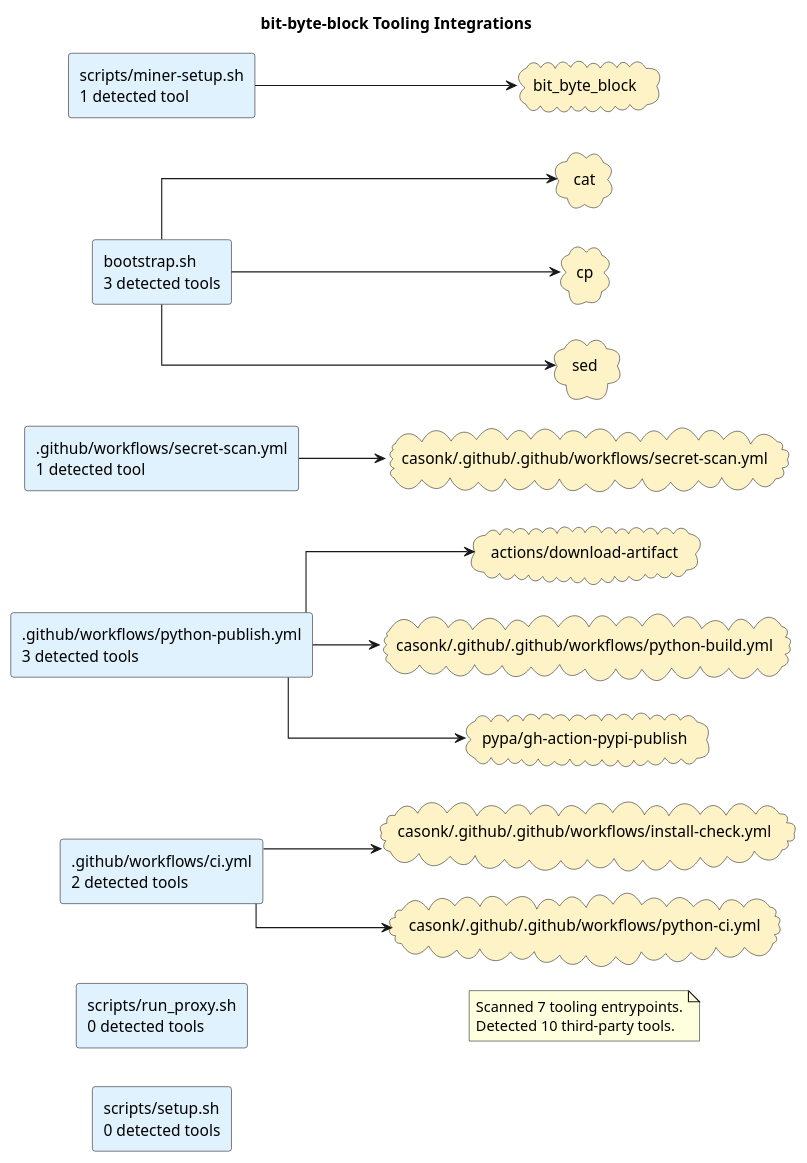
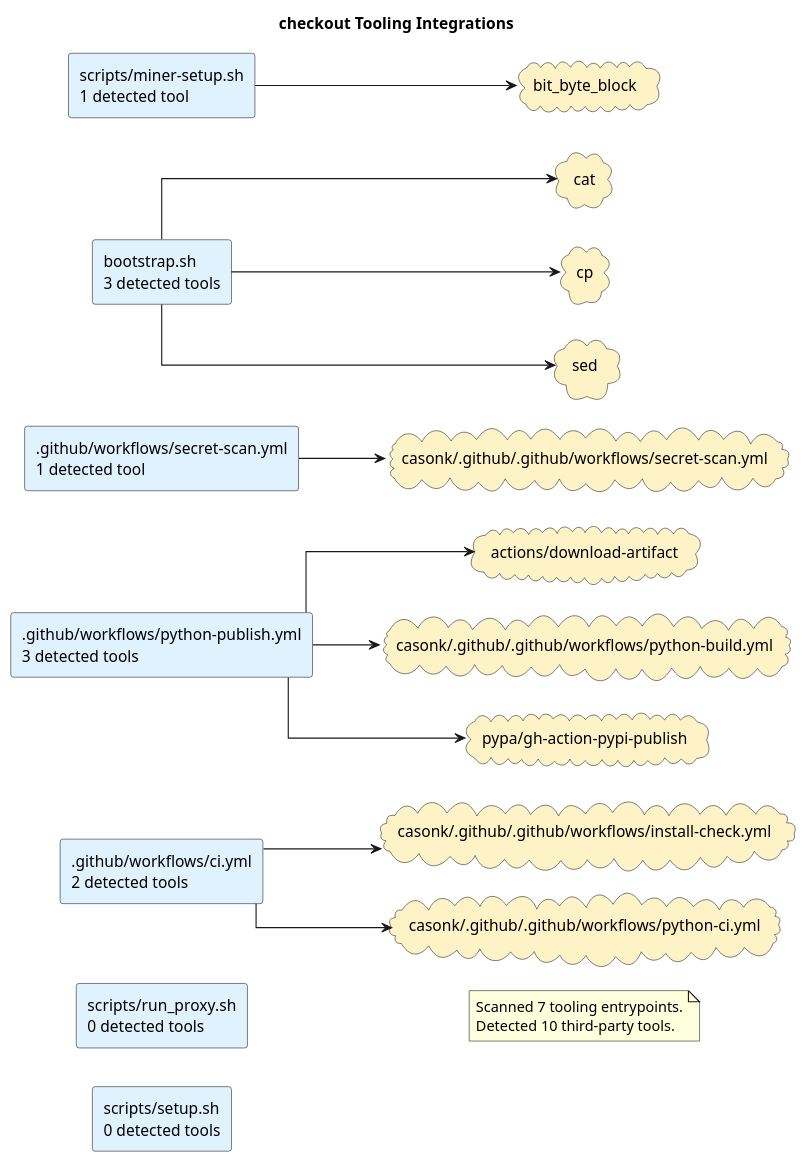
Before and after one commit to casonk/bit-byte-block: the diagram in docs/diagrams/tooling-integrations.puml, drawn with PlantUML. The commit also changed 9 other files, not shown here.

Commit message:
docs: refresh generated architecture diagrams (#18)

```diff
--- a/docs/diagrams/tooling-integrations.puml
+++ b/docs/diagrams/tooling-integrations.puml
@@ -1,39 +1,39 @@
 @startuml
-title bit-byte-block Tooling Integrations
+title checkout Tooling Integrations
 left to right direction
 skinparam shadowing false
 skinparam defaultFontName Monospace
 skinparam componentStyle rectangle
 skinparam linetype ortho
 rectangle ".github/workflows/ci.yml\n2 detected tools" as source_github_workflows_ci_yml #E0F2FE
 rectangle ".github/workflows/python-publish.yml\n3 detected tools" as source_github_workflows_python_publish_yml #E0F2FE
 rectangle ".github/workflows/secret-scan.yml\n1 detected tool" as source_github_workflows_secret_scan_yml #E0F2FE
 rectangle "bootstrap.sh\n3 detected tools" as source_bootstrap_sh #E0F2FE
 rectangle "scripts/miner-setup.sh\n1 detected tool" as source_scripts_miner_setup_sh #E0F2FE
 rectangle "scripts/run_proxy.sh\n0 detected tools" as source_scripts_run_proxy_sh #E0F2FE
 rectangle "scripts/setup.sh\n0 detected tools" as source_scripts_setup_sh #E0F2FE
 cloud "actions/download-artifact" as tool_actions_download_artifact #FEF3C7
 cloud "bit_byte_block" as tool_bit_byte_block #FEF3C7
 cloud "casonk/.github/.github/workflows/install-check.yml" as tool_casonk_github_github_workflows_install_check_yml #FEF3C7
 cloud "casonk/.github/.github/workflows/python-build.yml" as tool_casonk_github_github_workflows_python_build_yml #FEF3C7
 cloud "casonk/.github/.github/workflows/python-ci.yml" as tool_casonk_github_github_workflows_python_ci_yml #FEF3C7
 cloud "casonk/.github/.github/workflows/secret-scan.yml" as tool_casonk_github_github_workflows_secret_scan_yml #FEF3C7
 cloud "cat" as tool_cat #FEF3C7
 cloud "cp" as tool_cp #FEF3C7
 cloud "pypa/gh-action-pypi-publish" as tool_pypa_gh_action_pypi_publish #FEF3C7
 cloud "sed" as tool_sed #FEF3C7
 source_github_workflows_ci_yml --> tool_casonk_github_github_workflows_install_check_yml
 source_github_workflows_ci_yml --> tool_casonk_github_github_workflows_python_ci_yml
 source_github_workflows_python_publish_yml --> tool_actions_download_artifact
 source_github_workflows_python_publish_yml --> tool_casonk_github_github_workflows_python_build_yml
 source_github_workflows_python_publish_yml --> tool_pypa_gh_action_pypi_publish
 source_github_workflows_secret_scan_yml --> tool_casonk_github_github_workflows_secret_scan_yml
 source_bootstrap_sh --> tool_cat
 source_bootstrap_sh --> tool_cp
 source_bootstrap_sh --> tool_sed
 source_scripts_miner_setup_sh --> tool_bit_byte_block
 note as toolingGraphSummary
 Scanned 7 tooling entrypoints.
 Detected 10 third-party tools.
 end note
 @enduml
```
